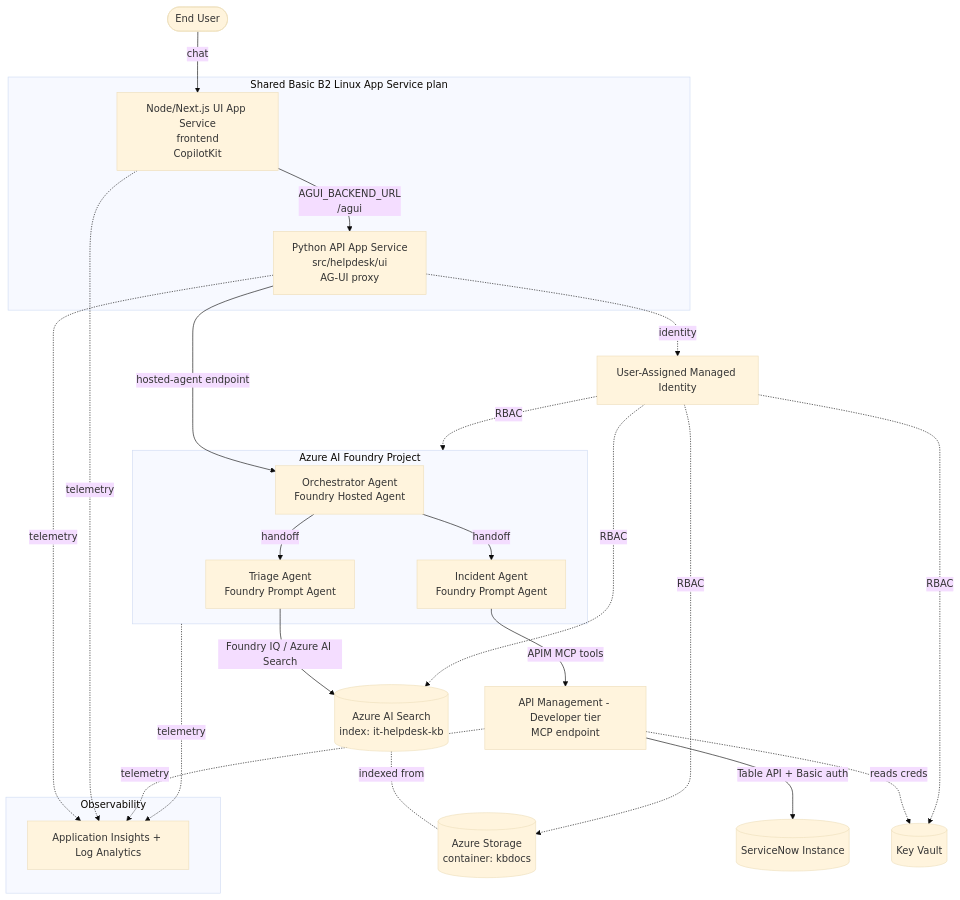
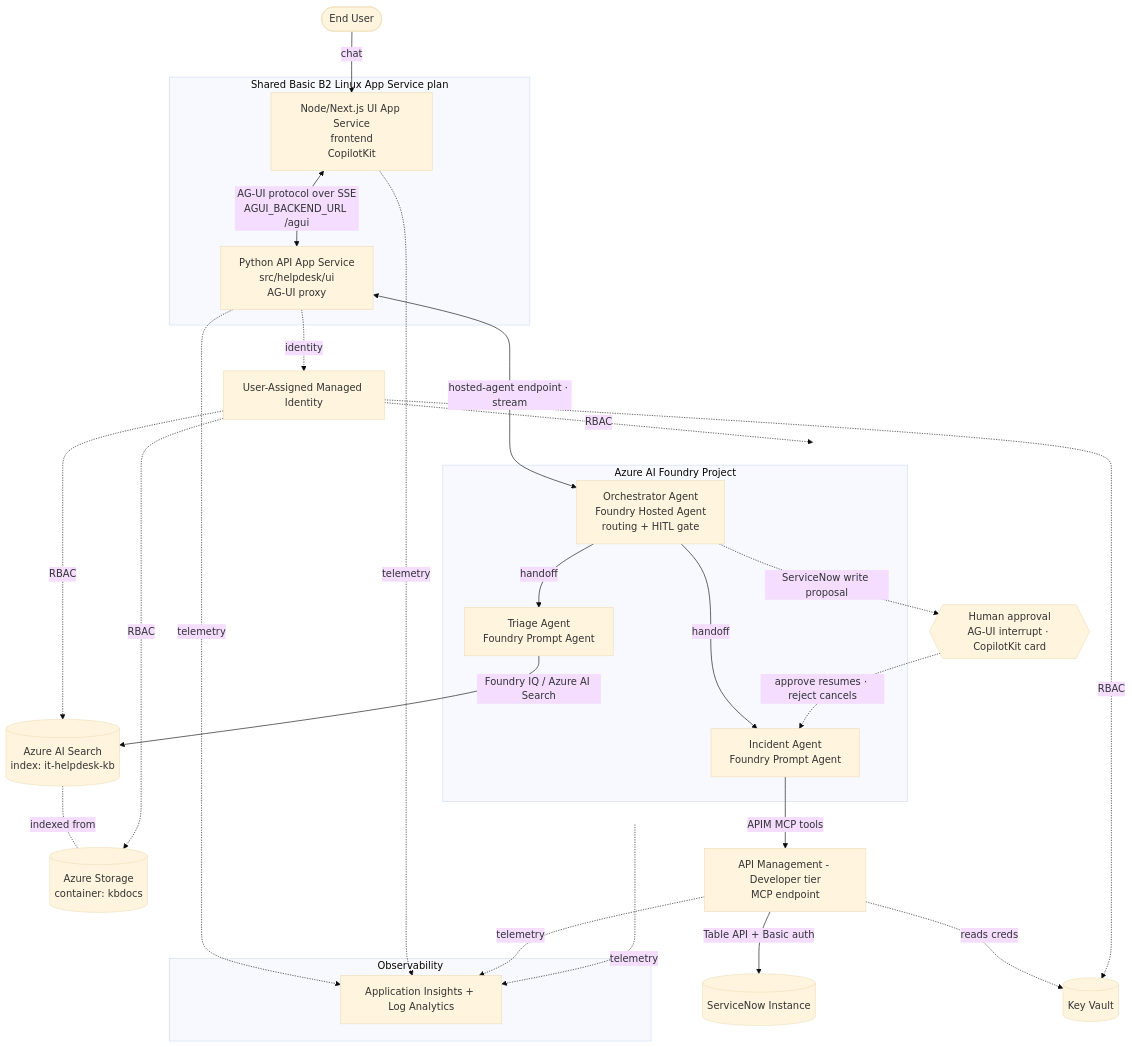
One commit to abKrazy/ITHelpdesk changed the diagram in ARCHITECTURE.md. Above: the diagram before and after it, drawn with Mermaid (base theme). The commit also changed other lines of this file and 15 other files, not shown here.

First line of the commit message:
chore: de-bloat UI backend to AG-UI-only + refresh docs/diagrams

````diff
--- a/ARCHITECTURE.md
+++ b/ARCHITECTURE.md
@@ -22,30 +22,33 @@
 ```mermaid
 flowchart TD
     User([End User]) -->|chat| UI[Node/Next.js UI App Service<br/>frontend<br/>CopilotKit]
-    UI -->|AGUI_BACKEND_URL<br/>/agui| API[Python API App Service<br/>src/helpdesk/ui<br/>AG-UI proxy]
-    API -->|hosted-agent endpoint| ORCH[Orchestrator Agent<br/>Foundry Hosted Agent]
+    UI <-->|AG-UI protocol over SSE<br/>AGUI_BACKEND_URL /agui| API[Python API App Service<br/>src/helpdesk/ui<br/>AG-UI proxy]
+    API <-->|hosted-agent endpoint · stream| ORCH[Orchestrator Agent<br/>Foundry Hosted Agent<br/>routing + HITL gate]
 
     subgraph Foundry[Azure AI Foundry Project]
         ORCH -->|handoff| TRIAGE[Triage Agent<br/>Foundry Prompt Agent]
         ORCH -->|handoff| INC[Incident Agent<br/>Foundry Prompt Agent]
     end
+
+    ORCH -. ServiceNow write proposal .-> HITL{{Human approval<br/>AG-UI interrupt · CopilotKit card}}
+    HITL -. approve resumes · reject cancels .-> INC
 
     TRIAGE -->|Foundry IQ / Azure AI Search| SEARCH[(Azure AI Search<br/>index: it-helpdesk-kb)]
     SEARCH -. indexed from .- STG[(Azure Storage<br/>container: kbdocs)]
     INC -->|APIM MCP tools| APIM[API Management - Developer tier<br/>MCP endpoint]
     APIM -->|Table API + Basic auth| SNOW[(ServiceNow Instance)]
     APIM -.reads creds.-> KV[(Key Vault)]
 
     API -.identity.-> MI[User-Assigned Managed Identity]
     MI -.RBAC.-> SEARCH & STG & KV & Foundry
 
     subgraph Plan[Shared Basic B2 Linux App Service plan]
         API
         UI
     end
 
     subgraph Obs[Observability]
         AI[Application Insights + Log Analytics]
     end
     API & UI & Foundry & APIM -.telemetry.-> AI
 ```
````
